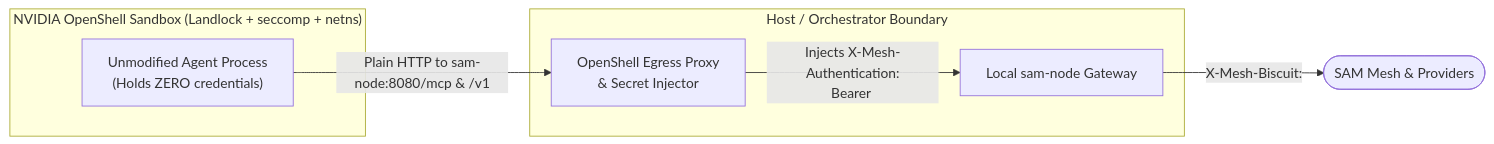
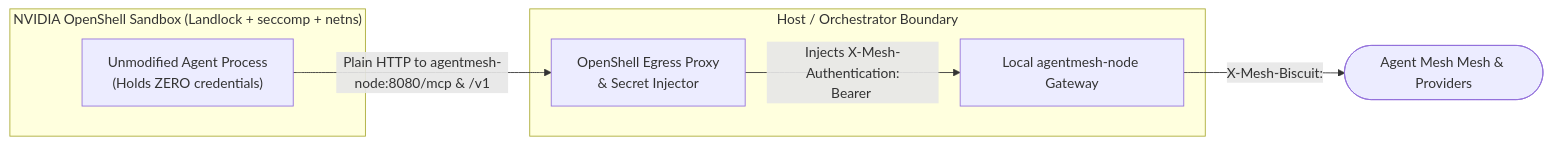
The first of 2 diagrams in site/content/docs/contributing/security-architecture.md (aojea/sam), drawn with Mermaid before and after one commit. The commit also changed other lines of this file and 59 other files, not shown here.

Commit message:
docs: update Hugo site, documentation, README, and AGENTS.md for Agent Mesh

````diff
--- a/site/content/docs/contributing/security-architecture.md
+++ b/site/content/docs/contributing/security-architecture.md
@@ -433,15 +433,15 @@
 ```mermaid
 flowchart LR
   subgraph OpenShell["NVIDIA OpenShell Sandbox (Landlock + seccomp + netns)"]
     Harness["Unmodified Agent Process<br/>(Holds ZERO credentials)"]
   end
   subgraph Host["Host / Orchestrator Boundary"]
     OSProxy["OpenShell Egress Proxy<br/>& Secret Injector"]
-    SamNode["Local sam-node Gateway"]
+    AgentMeshNode["Local agentmesh-node Gateway"]
   end
-  Mesh(["SAM Mesh & Providers"])
+  Mesh(["Agent Mesh Mesh & Providers"])
 
-  Harness -- "Plain HTTP to sam-node:8080/mcp & /v1" --> OSProxy
-  OSProxy -- "Injects X-Mesh-Authentication:<br/>Bearer <Sealed-Task-Biscuit>" --> SamNode
-  SamNode -- "X-Mesh-Biscuit: <Sealed-Task-Biscuit>" --> Mesh
+  Harness -- "Plain HTTP to agentmesh-node:8080/mcp & /v1" --> OSProxy
+  OSProxy -- "Injects X-Mesh-Authentication:<br/>Bearer <Sealed-Task-Biscuit>" --> AgentMeshNode
+  AgentMeshNode -- "X-Mesh-Biscuit: <Sealed-Task-Biscuit>" --> Mesh
 ```
````
